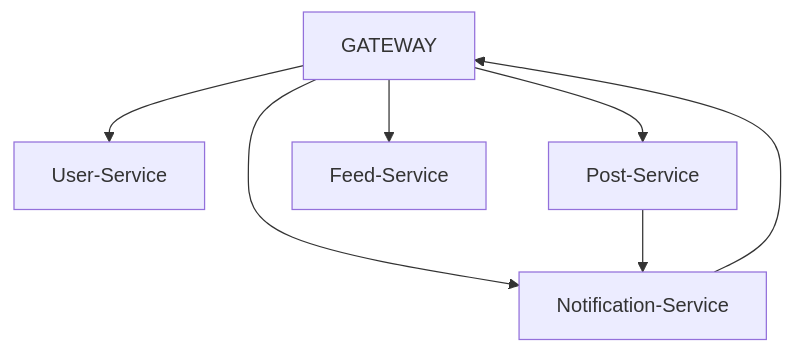
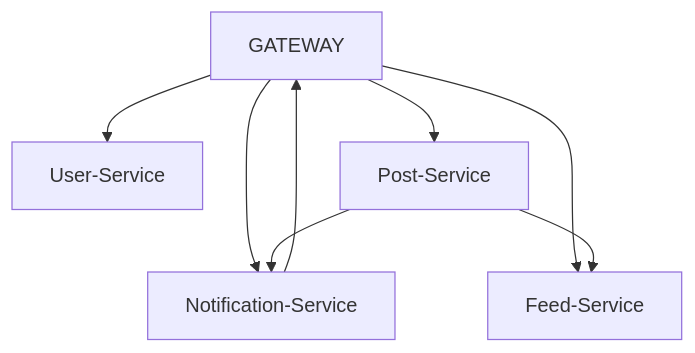
One commit to evans-p/momento changed the diagram in README.md. Above: the diagram before and after it, drawn with Mermaid.

````diff
--- a/README.md
+++ b/README.md
@@ -161,10 +161,11 @@
 ```mermaid
 graph TD
 ;
     GATEWAY --> User-Service;
     GATEWAY --> Post-Service;
     GATEWAY --> Feed-Service;
     GATEWAY --> Notification-Service;
     Notification-Service --> GATEWAY;
     Post-Service --> Notification-Service;
+    Post-Service --> Feed-Service;
 ```
````
